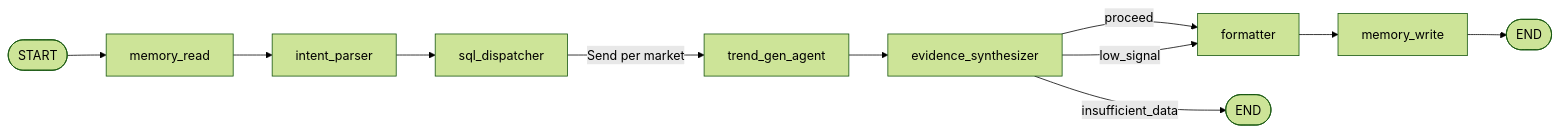
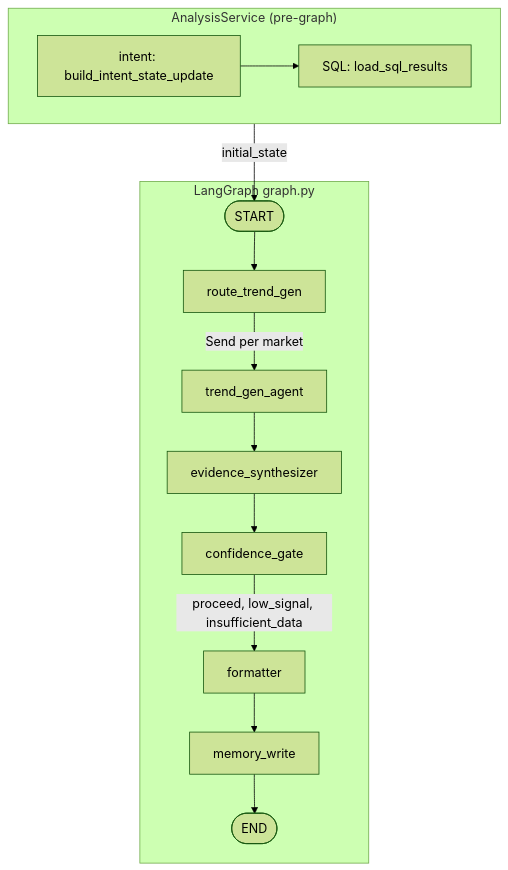
Before and after one commit to chick009/trend_exploration: the diagram in backend/app/graph/WORKFLOW.md, drawn with Mermaid (forest theme). The commit also changed other lines of this file and 25 other files, not shown here.

````diff
--- a/backend/app/graph/WORKFLOW.md
+++ b/backend/app/graph/WORKFLOW.md
@@ -19,13 +17,18 @@
 ```mermaid
-flowchart LR
-  START([START]) --> memoryRead[memory_read]
-  memoryRead --> intent[intent_parser]
-  intent --> sql[sql_dispatcher]
-  sql -->|"Send per market"| trend[trend_gen_agent]
-  trend --> synth[evidence_synthesizer]
-  synth -->|proceed| fmt[formatter]
-  synth -->|low_signal| fmt
-  synth -->|insufficient_data| END1([END])
-  fmt --> memoryWrite[memory_write]
-  memoryWrite --> END2([END])
+flowchart TB
+  subgraph service["AnalysisService (pre-graph)"]
+    intent[intent: build_intent_state_update]
+    sql[SQL: load_sql_results]
+    intent --> sql
+  end
+  subgraph graph["LangGraph graph.py"]
+    START([START]) --> route[route_trend_gen]
+    route -->|"Send per market"| trend[trend_gen_agent]
+    trend --> synth[evidence_synthesizer]
+    synth --> gate[confidence_gate]
+    gate -->|proceed, low_signal, insufficient_data| fmt[formatter]
+    fmt --> mw[memory_write]
+    mw --> END([END])
+  end
+  service -->|"initial_state"| START
 ```
````
